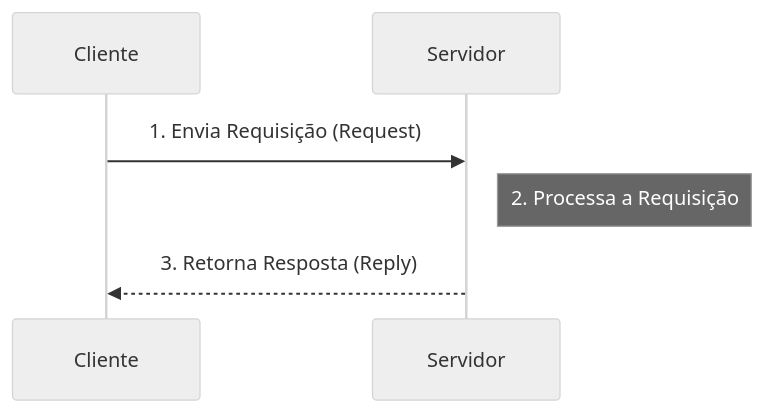
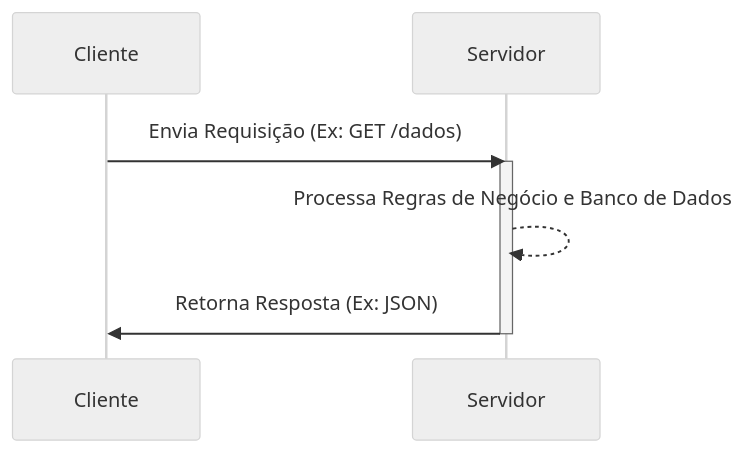
The first of 2 diagrams in Primeiro Semestre/Sistemas Distribuídos e Programação em Paralelo/01 - Guia de Estudo Teórico.md (marcianusfounder/unic2025-26), drawn with Mermaid (neutral theme) before and after one commit. The commit also changed other lines of this file and 19 other files, not shown here.

````diff
--- a/Primeiro Semestre/Sistemas Distribuídos e Programação em Paralelo/01 - Guia de Estudo Teórico.md
+++ b/Primeiro Semestre/Sistemas Distribuídos e Programação em Paralelo/01 - Guia de Estudo Teórico.md
@@ -35,8 +54,10 @@
 ```mermaid
 sequenceDiagram
-    participant Cliente
-    participant Servidor
-    Cliente->>Servidor: 1. Envia Requisição (Request)
-    Note right of Servidor: 2. Processa a Requisição
-    Servidor-->>Cliente: 3. Retorna Resposta (Reply)
+    participant C as Cliente
+    participant S as Servidor
+    C->>S: Envia Requisição (Ex: GET /dados)
+    activate S
+    S-->>S: Processa Regras de Negócio e Banco de Dados
+    S->>C: Retorna Resposta (Ex: JSON)
+    deactivate S
 ```
````
